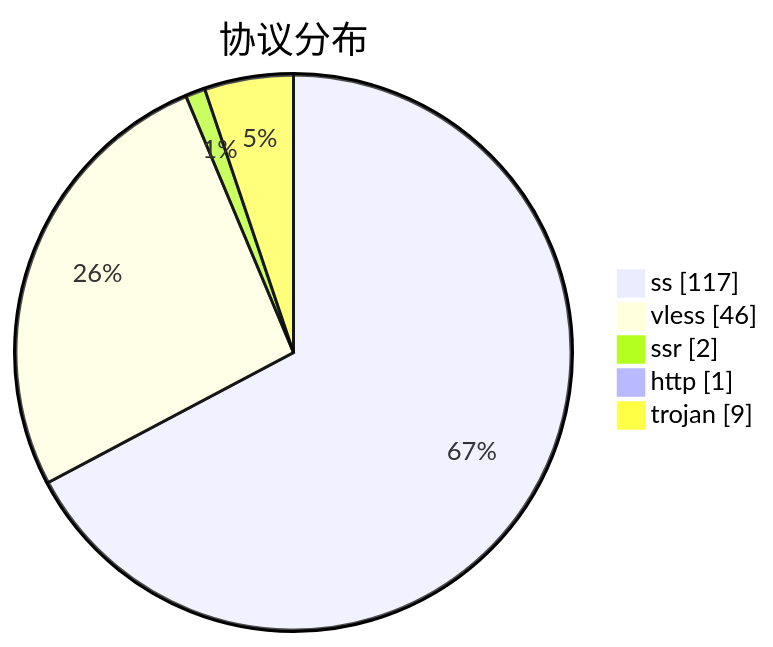
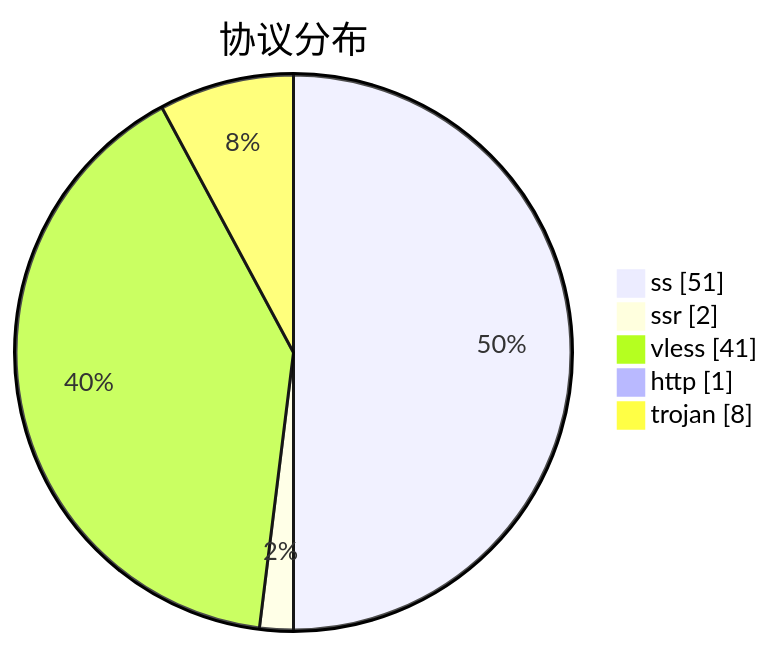
Before and after one commit to qjlxg/airport: the third of 3 diagrams in subs/statistics/tested_within.md, drawn with Mermaid. The commit also changed other lines of this file and 2 other files, not shown here.

````diff
--- a/subs/statistics/tested_within.md
+++ b/subs/statistics/tested_within.md
@@ -33,9 +27,9 @@
 ```mermaid
 pie showData
 title 协议分布
-"ss" : 117
-"vless" : 46
+"ss" : 51
 "ssr" : 2
+"vless" : 41
 "http" : 1
-"trojan" : 9
+"trojan" : 8
 ```
````
